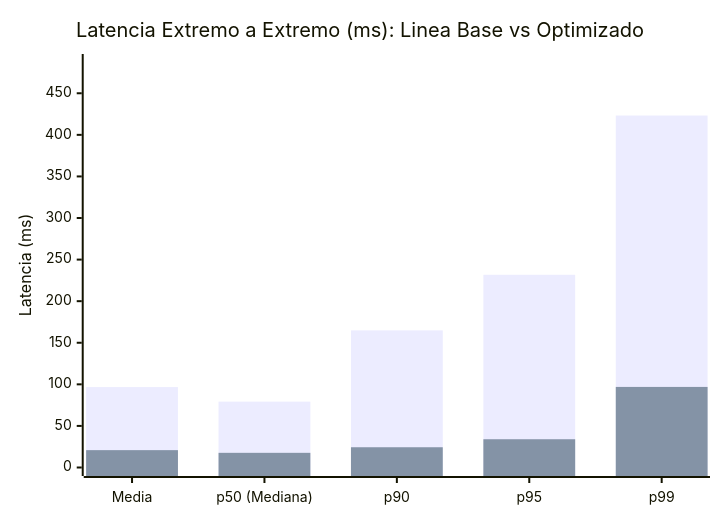
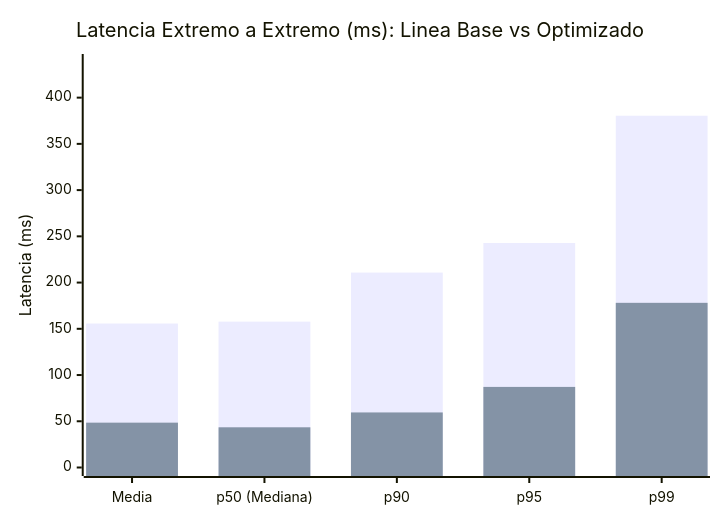
Before and after one commit to BrianValente/uade-tpo-ingenieria-de-datos-ii-fixture: the first of 2 diagrams in hito-12-carga-optimizacion/docs/evidencia/tablas_o_graficos.md, drawn with Mermaid. The commit also changed other lines of this file and 12 other files, not shown here.

````diff
--- a/hito-12-carga-optimizacion/docs/evidencia/tablas_o_graficos.md
+++ b/hito-12-carga-optimizacion/docs/evidencia/tablas_o_graficos.md
@@ -61,8 +64,8 @@
 ```mermaid
 xychart-beta
     title "Latencia Extremo a Extremo (ms): Linea Base vs Optimizado"
     x-axis ["Media", "p50 (Mediana)", "p90", "p95", "p99"]
-    y-axis "Latencia (ms)" 0 --> 487
-    bar [96.701, 79.224, 164.868, 231.733, 423.238]
-    bar [20.864, 17.64, 24.352, 33.982, 96.889]
+    y-axis "Latencia (ms)" 0 --> 438
+    bar [155.692, 157.768, 210.811, 242.841, 380.44]
+    bar [48.5, 43.478, 59.541, 87.16, 178.09]
 ```
````
